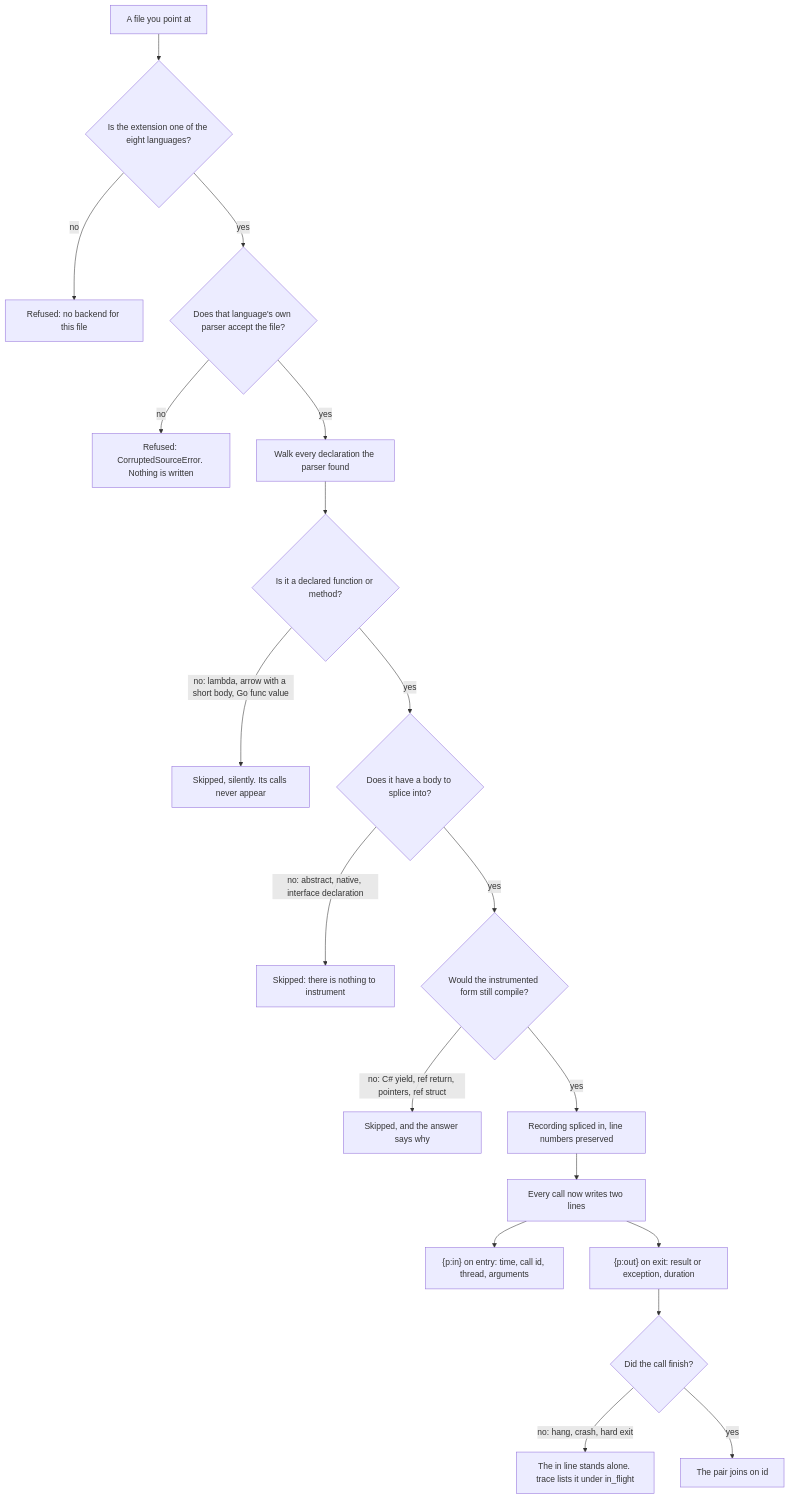
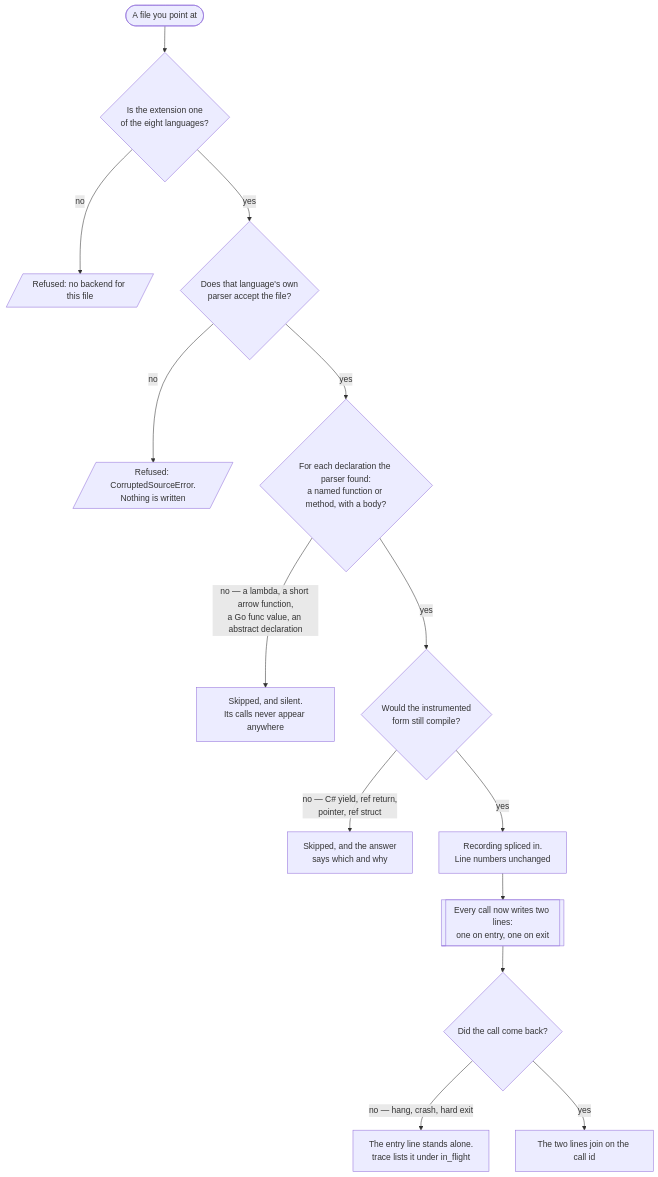
The diagram in site/diagrams/decision.mmd (digitable-lol/ouroboros), drawn with Mermaid before and after one commit. The commit also changed 28 other files, not shown here.

```diff
--- a/site/diagrams/decision.mmd
+++ b/site/diagrams/decision.mmd
@@ -1,19 +1,14 @@
 flowchart TD
-    A[A file you point at] --> B{Is the extension one of the eight languages?}
-    B -- no --> R1[Refused: no backend for this file]
-    B -- yes --> C{Does that language's own parser accept the file?}
-    C -- no --> R2[Refused: CorruptedSourceError. Nothing is written]
-    C -- yes --> D[Walk every declaration the parser found]
-    D --> E{Is it a declared function or method?}
-    E -- "no: lambda, arrow with a short body, Go func value" --> S1[Skipped, silently. Its calls never appear]
-    E -- yes --> F{Does it have a body to splice into?}
-    F -- "no: abstract, native, interface declaration" --> S2[Skipped: there is nothing to instrument]
-    F -- yes --> G{Would the instrumented form still compile?}
-    G -- "no: C# yield, ref return, pointers, ref struct" --> S3[Skipped, and the answer says why]
-    G -- yes --> H[Recording spliced in, line numbers preserved]
-    H --> I[Every call now writes two lines]
-    I --> J["{p:in} on entry: time, call id, thread, arguments"]
-    I --> K["{p:out} on exit: result or exception, duration"]
-    K --> L{Did the call finish?}
-    L -- "no: hang, crash, hard exit" --> M[The in line stands alone. trace lists it under in_flight]
-    L -- yes --> N[The pair joins on id]
+    A([A file you point at]) --> B{Is the extension one<br/>of the eight languages?}
+    B -- no --> X1[/Refused: no backend for this file/]
+    B -- yes --> C{Does that language's own<br/>parser accept the file?}
+    C -- no --> X2[/Refused: CorruptedSourceError.<br/>Nothing is written/]
+    C -- yes --> D{For each declaration the parser found:<br/>a named function or method, with a body?}
+    D -- "no — a lambda, a short arrow function,<br/>a Go func value, an abstract declaration" --> S1[Skipped, and silent.<br/>Its calls never appear anywhere]
+    D -- yes --> E{Would the instrumented<br/>form still compile?}
+    E -- "no — C# yield, ref return,<br/>pointer, ref struct" --> S2[Skipped, and the answer<br/>says which and why]
+    E -- yes --> F[Recording spliced in.<br/>Line numbers unchanged]
+    F --> G[[Every call now writes two lines:<br/>one on entry, one on exit]]
+    G --> H{Did the call come back?}
+    H -- "no — hang, crash, hard exit" --> I[The entry line stands alone.<br/>trace lists it under in_flight]
+    H -- yes --> J[The two lines join on the call id]
```
